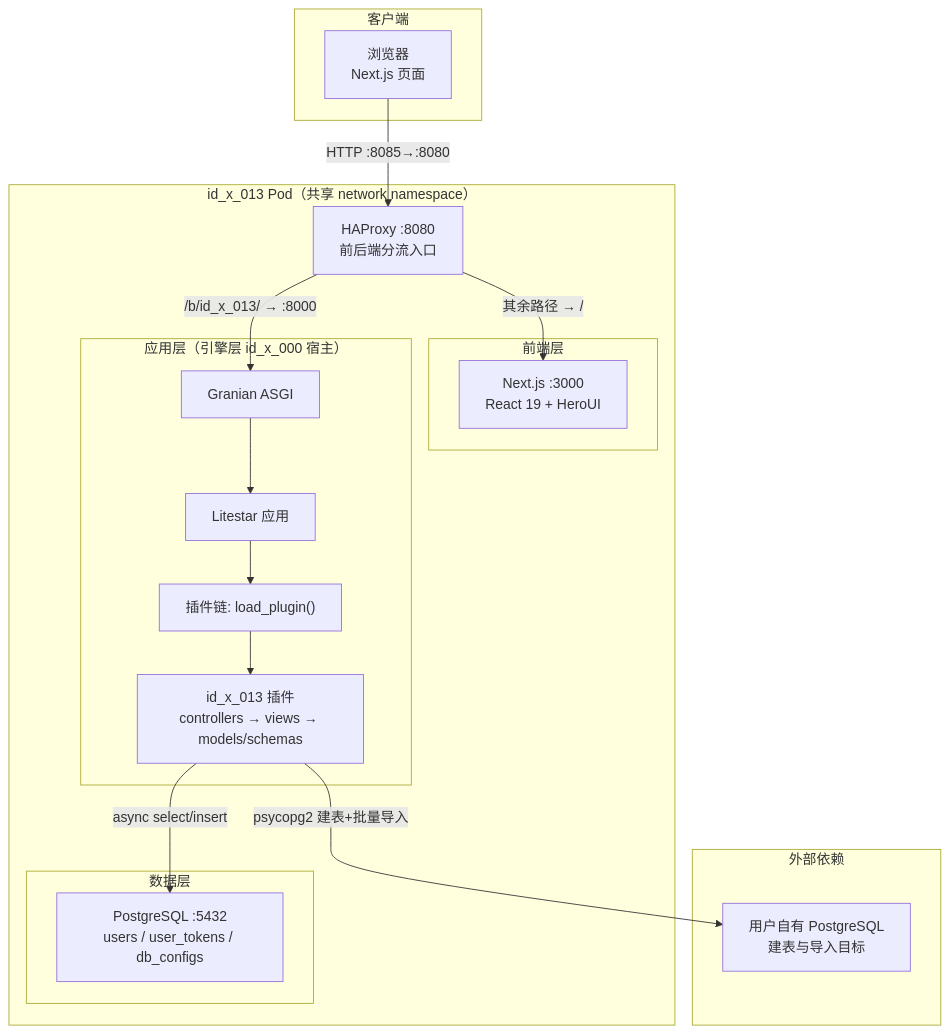
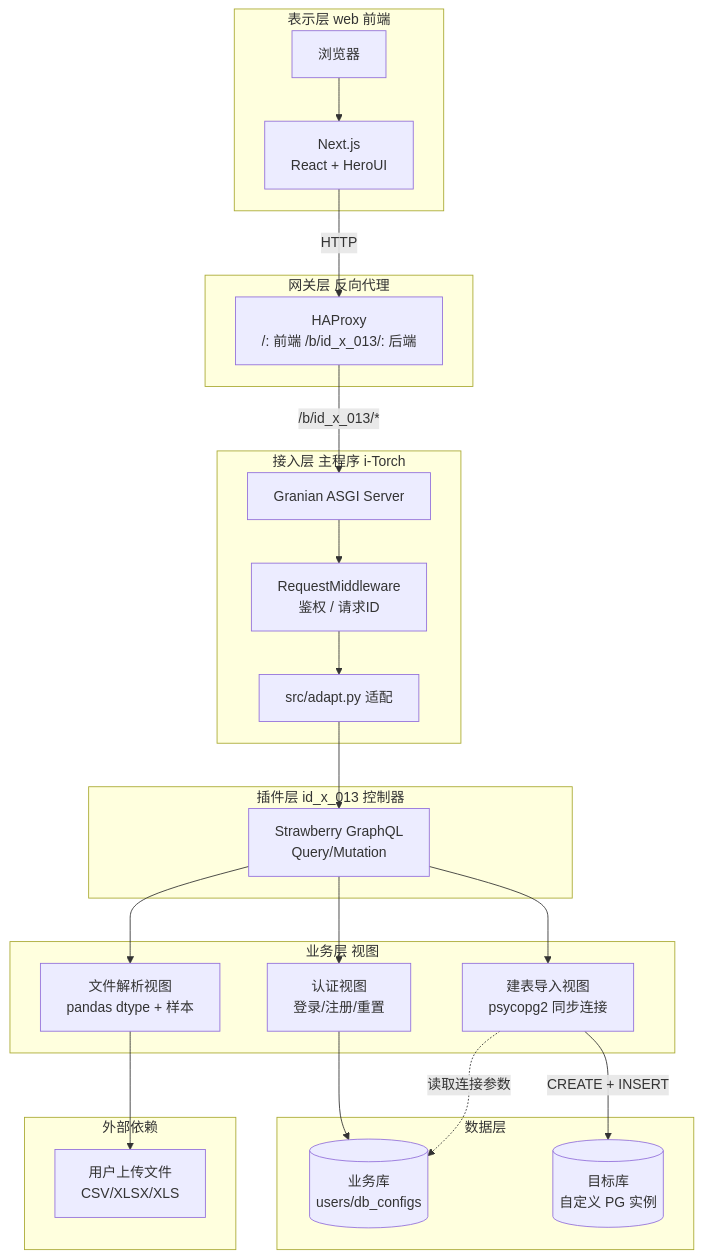
Before and after one commit to i-TorchLabs/id_x_013: the first of 2 diagrams in README.md, drawn with Mermaid. The commit also changed other lines of this file, not shown here.

````diff
--- a/README.md
+++ b/README.md
@@ -76,38 +67,50 @@
 ```mermaid
-graph TD
-    subgraph Client["客户端"]
-        Browser["浏览器<br/>Next.js 页面"]
-    end
+graph TB
+  subgraph L1[表示层 web 前端]
+    Browser[浏览器]
+    NextJS["Next.js<br/>React + HeroUI"]
+  end
 
-    subgraph Pod["id_x_013 Pod（共享 network namespace）"]
-        HAProxy["HAProxy :8080<br/>前后端分流入口"]
+  subgraph L2[网关层 反向代理]
+    HAProxy[HAProxy<br/>/: 前端 /b/id_x_013/: 后端]
+  end
 
-        subgraph WebLayer["前端层"]
-            Web["Next.js :3000<br/>React 19 + HeroUI"]
-        end
+  subgraph L3[接入层 主程序 i-Torch]
+    Granian[Granian ASGI Server]
+    MW[RequestMiddleware<br/>鉴权 / 请求ID]
+    Adapt["src/adapt.py 适配"]
+  end
 
-        subgraph AppLayer["应用层（引擎层 id_x_000 宿主）"]
-            Granian["Granian ASGI"]
-            Litestar["Litestar 应用"]
-            PluginChain["插件链: load_plugin()"]
-            Idx009["id_x_013 插件<br/>controllers → views → models/schemas"]
-        end
+  subgraph L4[插件层 id_x_013 控制器]
+    GQL[Strawberry GraphQL<br/>Query/Mutation]
+  end
 
-        subgraph DataLayer["数据层"]
-            DB["PostgreSQL :5432<br/>users / user_tokens / db_configs"]
-        end
-    end
+  subgraph L5[业务层 视图]
+    Auth[认证视图<br/>登录/注册/重置]
+    Parse[文件解析视图<br/>pandas dtype + 样本]
+    Import[建表导入视图<br/>psycopg2 同步连接]
+  end
 
-    subgraph External["外部依赖"]
-        TargetDB["用户自有 PostgreSQL<br/>建表与导入目标"]
-    end
+  subgraph L6[数据层]
+    BizDB[(业务库<br/>users/db_configs)]
+    TargetDB[(目标库<br/>自定义 PG 实例)]
+  end
 
-    Browser -- "HTTP :8085→:8080" --> HAProxy
-    HAProxy -- "其余路径 → /" --> Web
-    HAProxy -- "/b/id_x_013/ → :8000" --> Granian
-    Granian --> Litestar
-    Litestar --> PluginChain
-    PluginChain --> Idx009
-    Idx009 -- "async select/insert" --> DB
-    Idx009 -- "psycopg2 建表+批量导入" --> TargetDB
+  subgraph L7[外部依赖]
+    Client[用户上传文件<br/>CSV/XLSX/XLS]
+  end
+
+  Browser --> NextJS
+  NextJS -->|HTTP| HAProxy
+  HAProxy -->|/b/id_x_013/*| Granian
+  Granian --> MW
+  MW --> Adapt
+  Adapt --> GQL
+  GQL --> Auth
+  GQL --> Parse
+  GQL --> Import
+  Auth --> BizDB
+  Parse --> Client
+  Import -->|CREATE + INSERT| TargetDB
+  Import -.->|读取连接参数| BizDB
 ```
````
